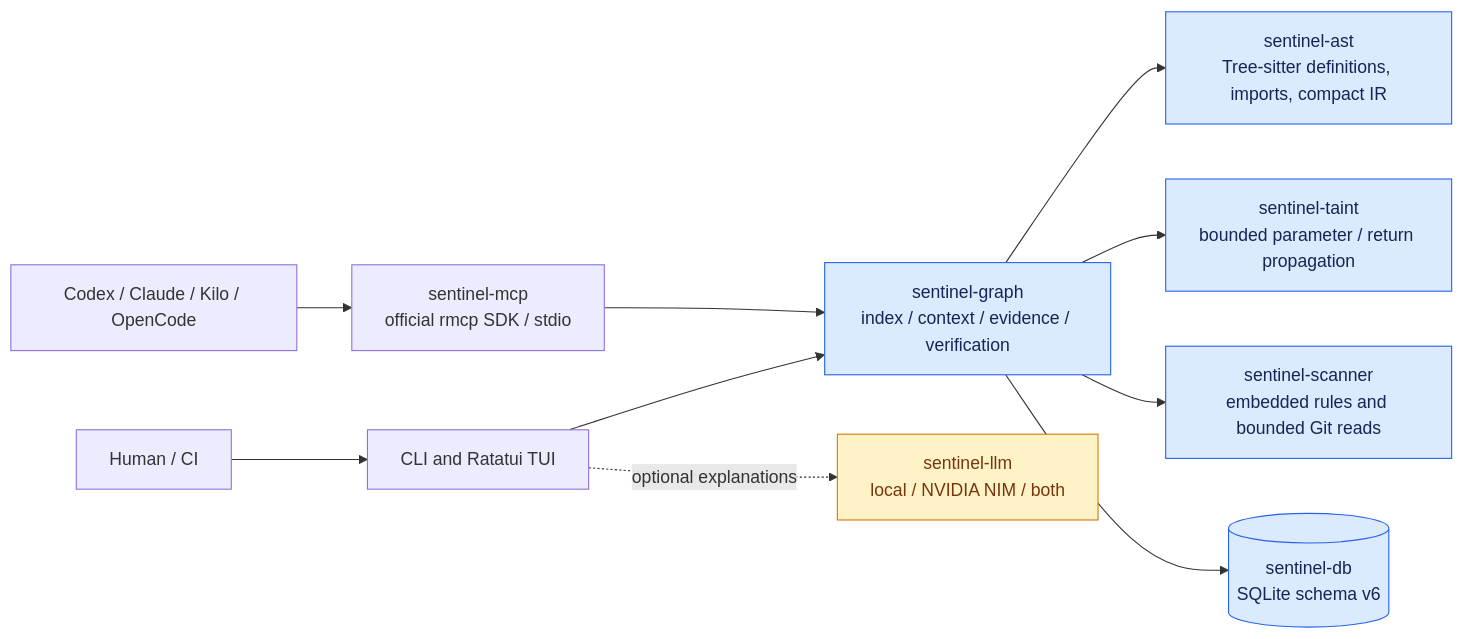
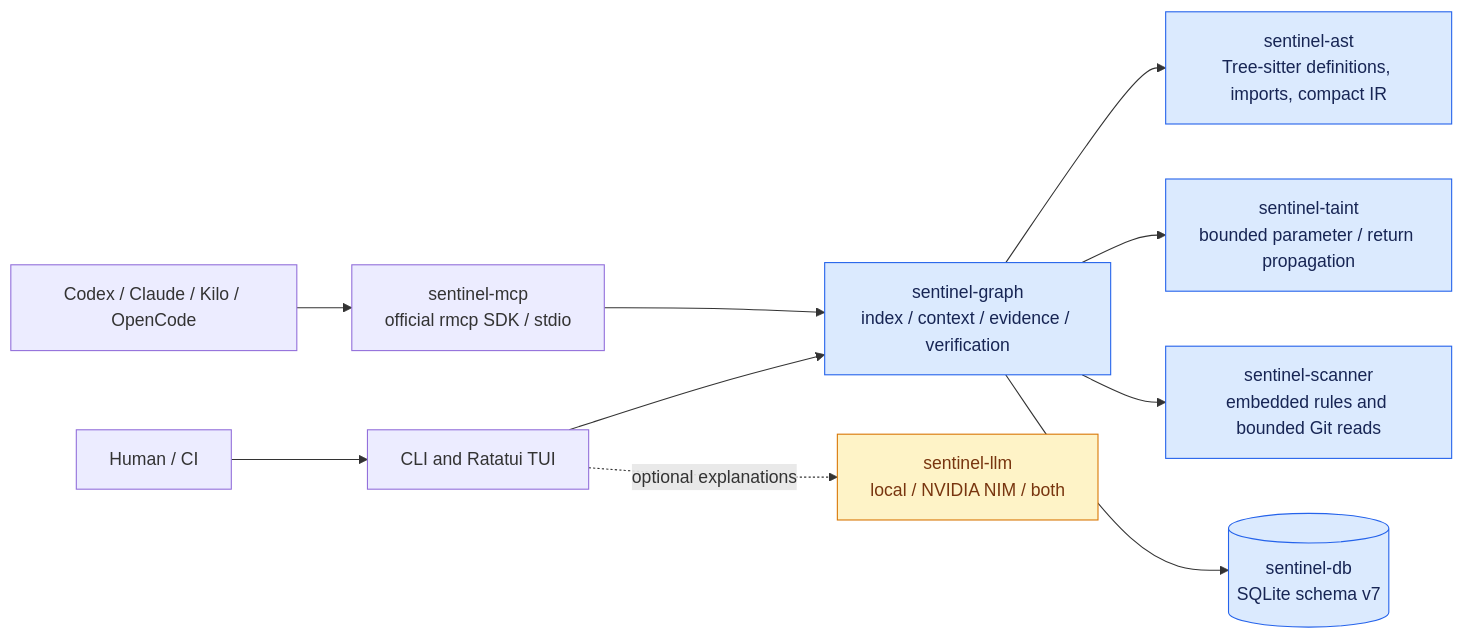
One commit to Kushalongit-hub/Sentinel changed the seventh of 9 diagrams in README.md. Above: the diagram before and after it, drawn with Mermaid. The commit also changed other lines of this file and 43 other files, not shown here.

````diff
--- a/README.md
+++ b/README.md
@@ -691,16 +705,16 @@
 ```mermaid
 flowchart LR
     Human["Human / CI"] --> CLI["CLI and Ratatui TUI"]
     Agent["Codex / Claude / Kilo / OpenCode"] --> MCP["sentinel-mcp<br/>official rmcp SDK / stdio"]
     CLI --> Graph["sentinel-graph<br/>index / context / evidence / verification"]
     MCP --> Graph
     Graph --> AST["sentinel-ast<br/>Tree-sitter definitions, imports, compact IR"]
     Graph --> Trace["sentinel-taint<br/>bounded parameter / return propagation"]
     Graph --> Rules["sentinel-scanner<br/>embedded rules and bounded Git reads"]
-    Graph --> DB[("sentinel-db<br/>SQLite schema v6")]
+    Graph --> DB[("sentinel-db<br/>SQLite schema v7")]
     CLI -. "optional explanations" .-> AI["sentinel-llm<br/>local / NVIDIA NIM / both"]
     classDef engine fill:#dbeafe,stroke:#2563eb,color:#172554;
     classDef optional fill:#fef3c7,stroke:#d97706,color:#78350f;
     class Graph,AST,Trace,Rules,DB engine;
     class AI optional;
 ```
````
